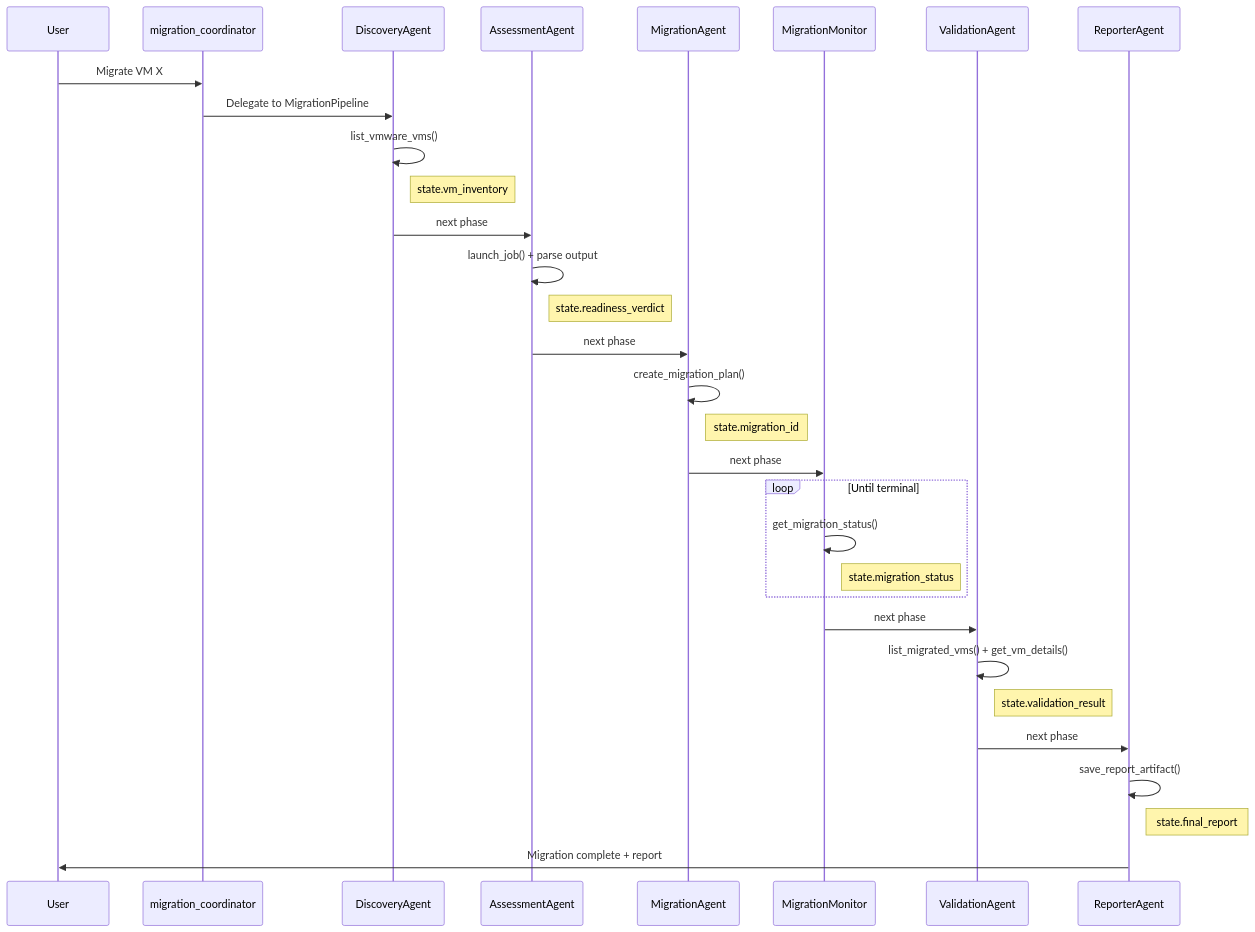
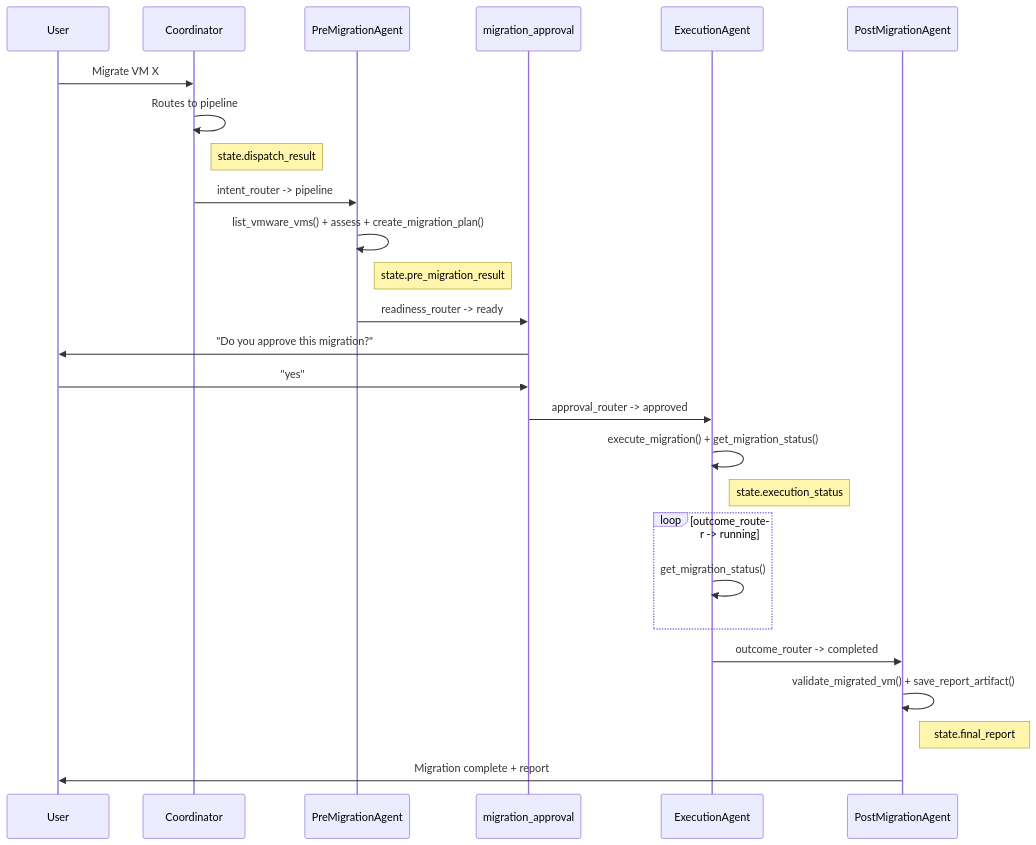
Before and after one commit to rrbanda/ocp-virt-migration-agent: the fourth of 4 diagrams in docs/architecture.md, drawn with Mermaid. The commit also changed other lines of this file and 8 other files, not shown here.

````diff
--- a/docs/architecture.md
+++ b/docs/architecture.md
@@ -277,39 +267,34 @@
 ```mermaid
 sequenceDiagram
     participant User
-    participant Coordinator as migration_coordinator
-    participant D as DiscoveryAgent
-    participant A as AssessmentAgent
-    participant M as MigrationAgent
-    participant Mon as MigrationMonitor
-    participant V as ValidationAgent
-    participant R as ReporterAgent
+    participant C as Coordinator
+    participant PM as PreMigrationAgent
+    participant HITL as migration_approval
+    participant E as ExecutionAgent
+    participant Post as PostMigrationAgent
 
-    User->>Coordinator: Migrate VM X
-    Coordinator->>D: Delegate to MigrationPipeline
-    D->>D: list_vmware_vms()
-    Note right of D: state.vm_inventory
+    User->>C: Migrate VM X
+    C->>C: Routes to pipeline
+    Note right of C: state.dispatch_result
 
-    D->>A: next phase
-    A->>A: launch_job() + parse output
-    Note right of A: state.readiness_verdict
+    C->>PM: intent_router -> pipeline
+    PM->>PM: list_vmware_vms() + assess + create_migration_plan()
+    Note right of PM: state.pre_migration_result
 
-    A->>M: next phase
-    M->>M: create_migration_plan()
-    Note right of M: state.migration_id
+    PM->>HITL: readiness_router -> ready
+    HITL->>User: "Do you approve this migration?"
+    User->>HITL: "yes"
 
-    M->>Mon: next phase
-    loop Until terminal
-        Mon->>Mon: get_migration_status()
-        Note right of Mon: state.migration_status
+    HITL->>E: approval_router -> approved
+    E->>E: execute_migration() + get_migration_status()
+    Note right of E: state.execution_status
+
+    loop outcome_router -> running
+        E->>E: get_migration_status()
     end
 
-    Mon->>V: next phase
-    V->>V: list_migrated_vms() + get_vm_details()
-    Note right of V: state.validation_result
-
-    V->>R: next phase
-    R->>R: save_report_artifact()
-    Note right of R: state.final_report
-    R->>User: Migration complete + report
+    E->>Post: outcome_router -> completed
+    Post->>Post: validate_migrated_vm() + save_report_artifact()
+    Note right of Post: state.final_report
+    Post->>User: Migration complete + report
 ```
````
